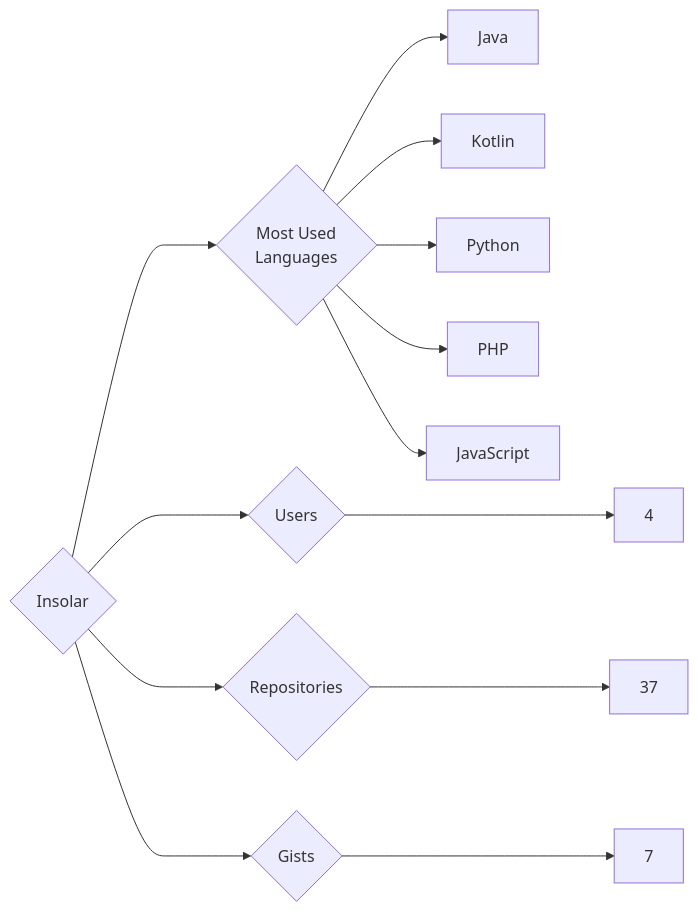
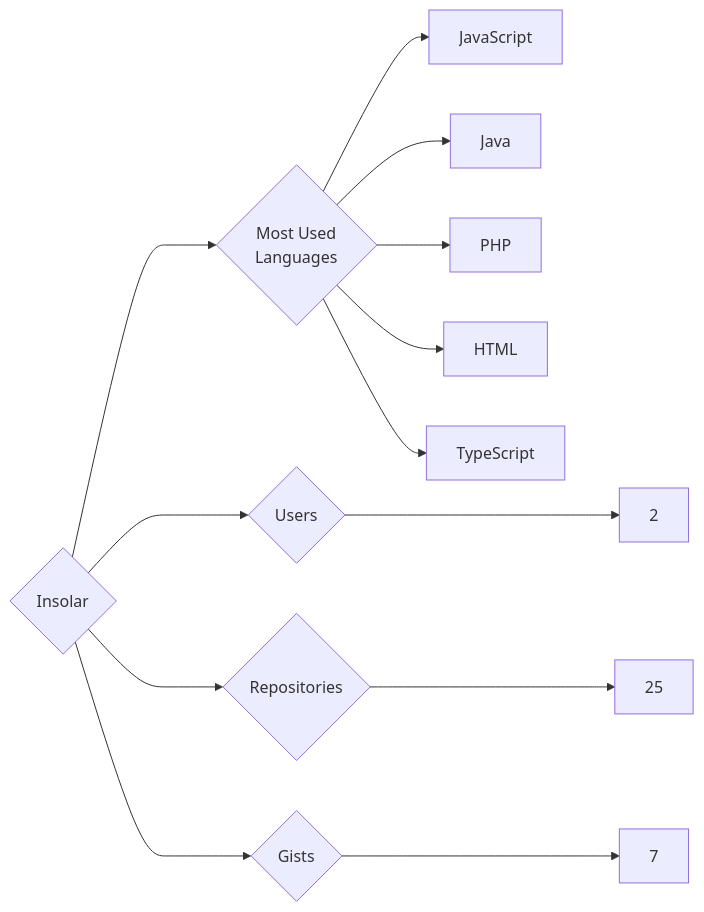
Before and after one commit to trickest/insiders: the diagram in targets/Insolar/README.md, drawn with Mermaid. The commit also changed 610 other files, not shown here.

````diff
--- a/targets/Insolar/README.md
+++ b/targets/Insolar/README.md
@@ -3,13 +3,13 @@
 ```mermaid
 graph LR
 COMPANY_NAME{Insolar}
-COMPANY_NAME ---> U{Users} ---> UN[4]
-COMPANY_NAME ---> R{Repositories} ---> RN[37]
+COMPANY_NAME ---> U{Users} ---> UN[2]
+COMPANY_NAME ---> R{Repositories} ---> RN[25]
 COMPANY_NAME ---> G{Gists} ---> GN[7]
 COMPANY_NAME ---> ML{Most Used<br>Languages}
+ML --> JavaScript[JavaScript]
 ML --> Java[Java]
-ML --> Kotlin[Kotlin]
-ML --> Python[Python]
 ML --> PHP[PHP]
-ML --> JavaScript[JavaScript]
+ML --> HTML[HTML]
+ML --> TypeScript[TypeScript]
 ```
````
